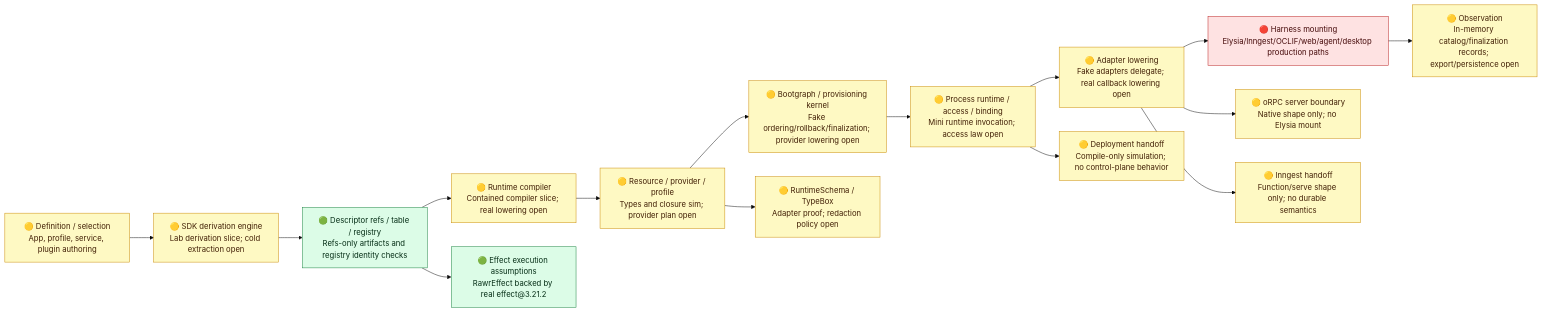
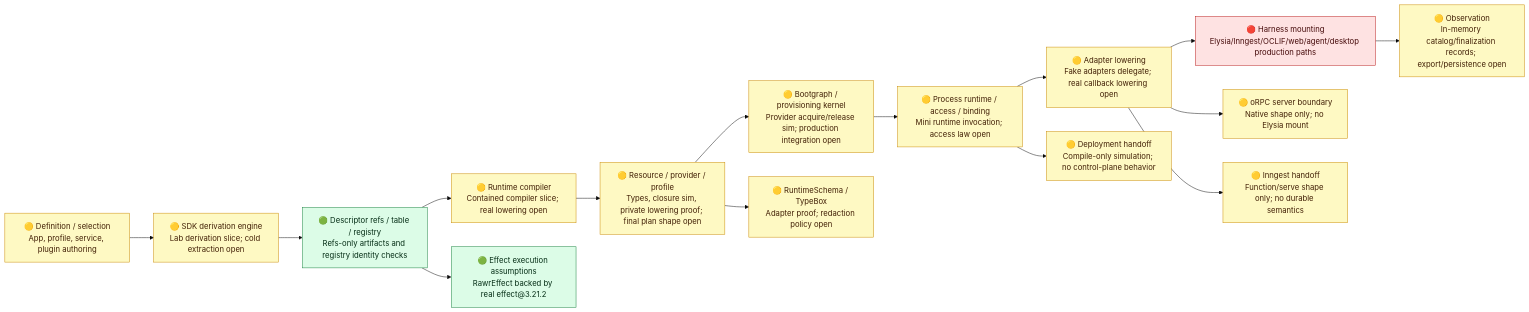
One commit to rawr-ai/rawr-hq-template changed the diagram in tools/runtime-realization-type-env/evidence/runtime-spine-verification-diagnostic.md. Above: the diagram before and after it, drawn with Mermaid (base theme). The commit also changed other lines of this file and 22 other files, not shown here.

First line of the commit message:
feat(runtime): prove provider provisioning lowering

````diff
--- a/tools/runtime-realization-type-env/evidence/runtime-spine-verification-diagnostic.md
+++ b/tools/runtime-realization-type-env/evidence/runtime-spine-verification-diagnostic.md
@@ -19,25 +19,25 @@
 ```mermaid
 flowchart LR
   A["🟡 Definition / selection<br/>App, profile, service, plugin authoring"] --> B["🟡 SDK derivation engine<br/>Lab derivation slice; cold extraction open"]
   B --> C["🟢 Descriptor refs / table / registry<br/>Refs-only artifacts and registry identity checks"]
   C --> D["🟡 Runtime compiler<br/>Contained compiler slice; real lowering open"]
-  D --> E["🟡 Resource / provider / profile<br/>Types and closure sim; provider plan open"]
-  E --> F["🟡 Bootgraph / provisioning kernel<br/>Fake ordering/rollback/finalization; provider lowering open"]
+  D --> E["🟡 Resource / provider / profile<br/>Types, closure sim, private lowering proof; final plan shape open"]
+  E --> F["🟡 Bootgraph / provisioning kernel<br/>Provider acquire/release sim; production integration open"]
   F --> G["🟡 Process runtime / access / binding<br/>Mini runtime invocation; access law open"]
   G --> H["🟡 Adapter lowering<br/>Fake adapters delegate; real callback lowering open"]
   H --> I["🔴 Harness mounting<br/>Elysia/Inngest/OCLIF/web/agent/desktop production paths"]
   I --> J["🟡 Observation<br/>In-memory catalog/finalization records; export/persistence open"]
 
   C --> K["🟢 Effect execution assumptions<br/>RawrEffect backed by real effect@3.21.2"]
   E --> L["🟡 RuntimeSchema / TypeBox<br/>Adapter proof; redaction policy open"]
   H --> M["🟡 oRPC server boundary<br/>Native shape only; no Elysia mount"]
   H --> N["🟡 Inngest handoff<br/>Function/serve shape only; no durable semantics"]
   G --> O["🟡 Deployment handoff<br/>Compile-only simulation; no control-plane behavior"]
 
   classDef green fill:#dcfce7,stroke:#15803d,color:#052e16;
   classDef yellow fill:#fef9c3,stroke:#ca8a04,color:#422006;
   classDef red fill:#fee2e2,stroke:#b91c1c,color:#450a0a;
   class C,K green;
   class A,B,D,E,F,G,H,J,L,M,N,O yellow;
   class I red;
 ```
````
